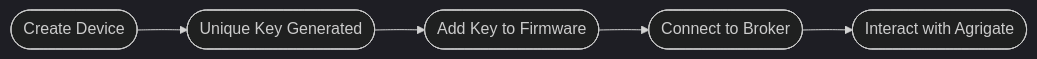
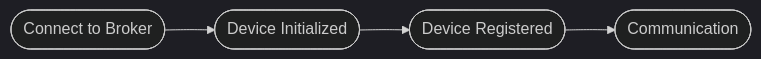
One commit to TheFullStackFarmer/Agrigate changed the diagram in docs/docs/design/business-logic/iot.md. Above: the diagram before and after it, drawn with Mermaid (dark theme). The commit also changed other lines of this file and 94 other files, not shown here.

````diff
--- a/docs/docs/design/business-logic/iot.md
+++ b/docs/docs/design/business-logic/iot.md
@@ -12,13 +17,11 @@
 ```mermaid
 flowchart LR;
-    create([Create Device]);
-    keyGen([Unique Key Generated]);
-    install([Add Key to Firmware]);
-    connect([Connect to Broker]);
-    communicate([Interact with Agrigate]);
+    connect([Connect to Broker])
+    initialize([Device Initialized])
+    register([Device Registered])
+    communicate([Communication])
 
-    create --> keyGen;
-    keyGen --> install;
-    install --> connect;
-    connect --> communicate;
+    connect --> initialize
+    initialize --> register
+    register --> communicate
 ```
````
